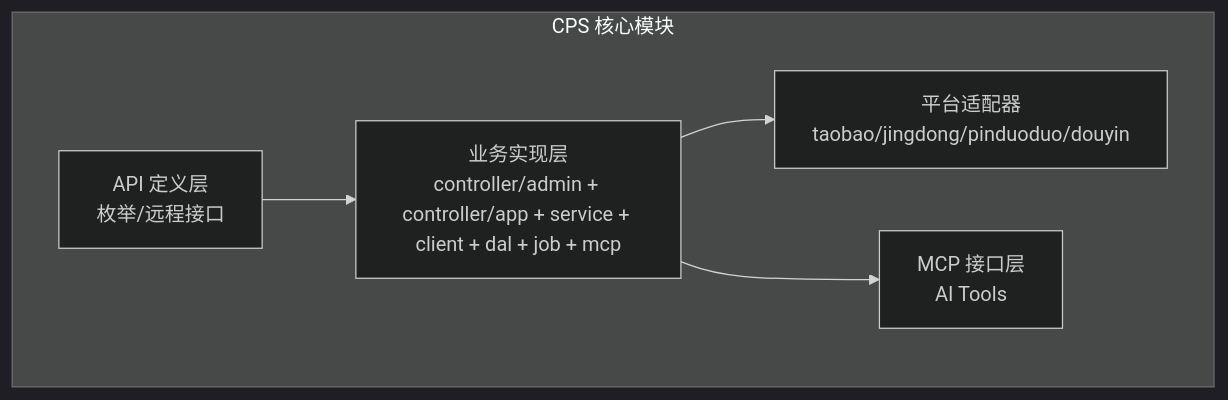
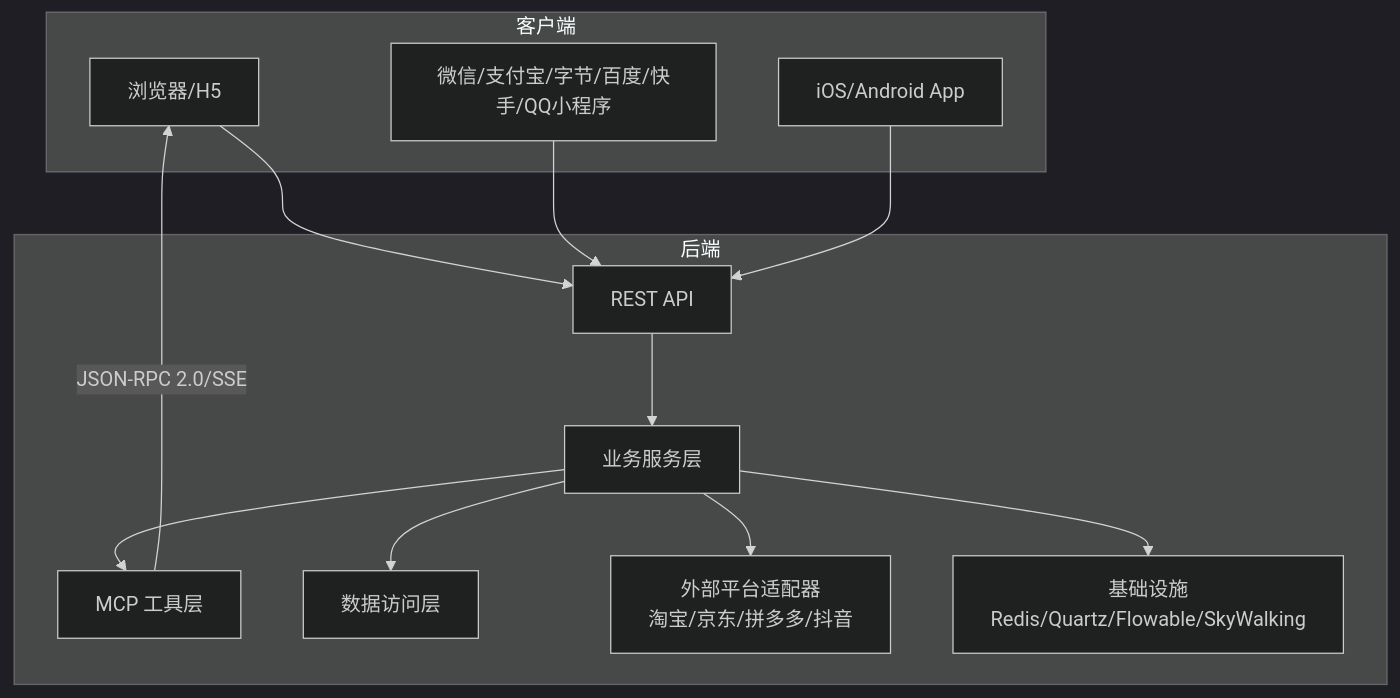
The second of 6 diagrams in .qoder/repowiki/zh/content/开发指南/开发指南.md (zhuangpengLI/AgenticCPS), drawn with Mermaid (dark theme) before and after one commit. The commit also changed other lines of this file and 355 other files, not shown here.

````diff
--- a/.qoder/repowiki/zh/content/开发指南/开发指南.md
+++ b/.qoder/repowiki/zh/content/开发指南/开发指南.md
@@ -92,12 +112,25 @@
 ```mermaid
 graph TB
-subgraph "CPS 核心模块"
-API["API 定义层<br/>枚举/远程接口"]
-Biz["业务实现层<br/>controller/admin + controller/app + service + client + dal + job + mcp"]
-Adapter["平台适配器<br/>taobao/jingdong/pinduoduo/douyin"]
-MCP["MCP 接口层<br/>AI Tools"]
+subgraph "客户端"
+Web["浏览器/H5"]
+Mini["微信/支付宝/字节/百度/快手/QQ小程序"]
+App["iOS/Android App"]
 end
+subgraph "后端"
+API["REST API"]
+MCP["MCP 工具层"]
+Biz["业务服务层"]
+DAL["数据访问层"]
+Ext["外部平台适配器<br/>淘宝/京东/拼多多/抖音"]
+Infra["基础设施<br/>Redis/Quartz/Flowable/SkyWalking"]
+end
+Web --> API
+Mini --> API
+App --> API
 API --> Biz
-Biz --> Adapter
+Biz --> DAL
 Biz --> MCP
+Biz --> Ext
+Biz --> Infra
+MCP --> |"JSON-RPC 2.0/SSE"| Web
 ```
````
